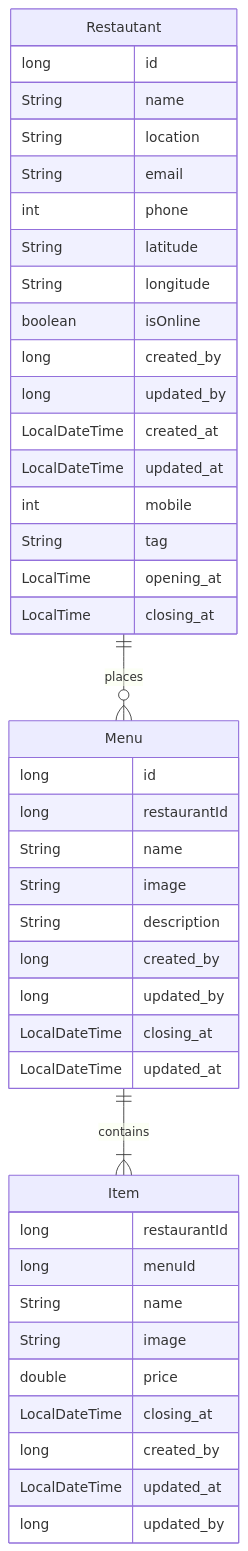
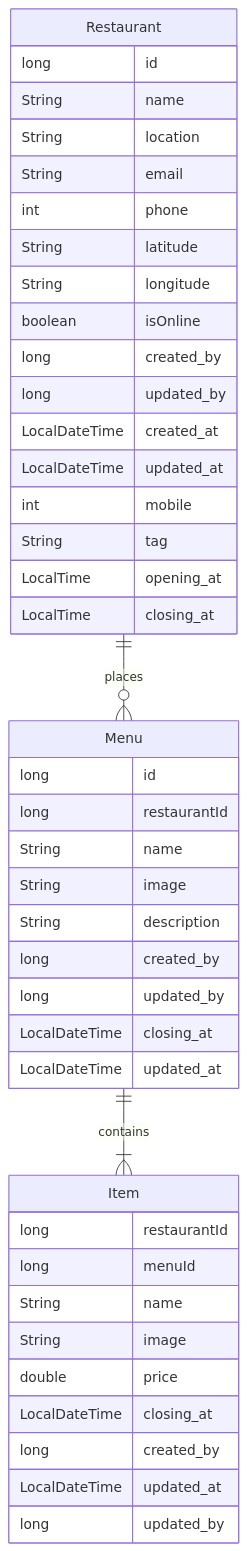
The diagram in doc/entity relationship diagram (ERD)/entity relationship diagram (ERD).md (abdoalshaibi/G4TBRestaurantService), drawn with Mermaid before and after one commit. The commit also changed 12 other files, not shown here.

````diff
--- a/doc/entity relationship diagram (ERD)/entity relationship diagram (ERD).md
+++ b/doc/entity relationship diagram (ERD)/entity relationship diagram (ERD).md
@@ -1,46 +1,45 @@
 ```mermaid
 erDiagram
-    Restautant ||--o{ Menu : places 
-
-    Restautant {
+    Restaurant ||--o{ Menu : places 
+    Restaurant {
         long id
         String name
         String location
         String email
         int phone
         String latitude
         String longitude
         boolean isOnline
         long created_by
         long updated_by
         LocalDateTime created_at 
         LocalDateTime updated_at
         int mobile
         String tag
         LocalTime opening_at
         LocalTime closing_at
     }
     Menu ||--|{ Item : contains
     Menu {
      long id
      long restaurantId
      String name
      String image
      String description
      long created_by
      long updated_by
      LocalDateTime closing_at 
      LocalDateTime updated_at
     }
     Item {
      long restaurantId
      long menuId
      String name
      String image
      double price
      LocalDateTime closing_at
      long created_by
      LocalDateTime updated_at
      long updated_by
     }
 ```
````
